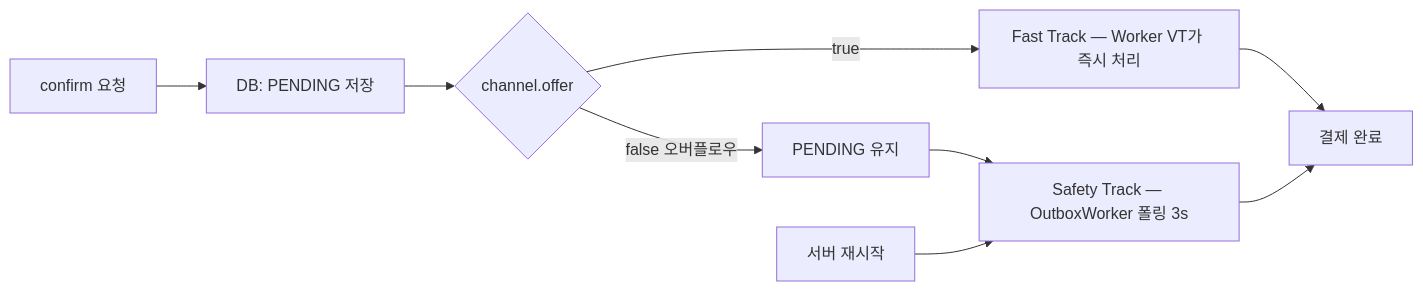
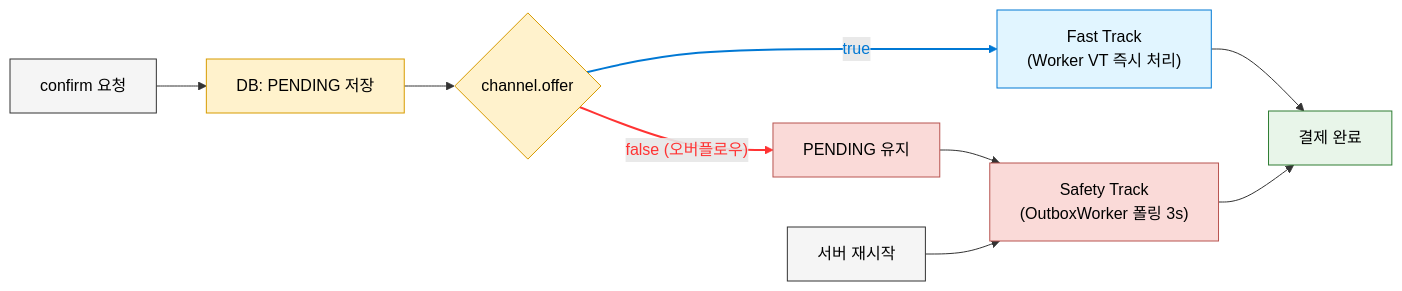
One commit to hyoguoo/hyoguoo.github.io changed the eighth of 8 diagrams in src/content/docs/blog/async-payment-flow.md. Above: the diagram before and after it, drawn with Mermaid. The commit also changed other lines of this file and 7 other files, not shown here.

Commit message:
mod: 일부 다이어그램 사진에서 mermaid로 변경

````diff
--- a/src/content/docs/blog/async-payment-flow.md
+++ b/src/content/docs/blog/async-payment-flow.md
@@ -498,11 +535,24 @@
 ```mermaid
 graph LR
-    A[confirm 요청] --> B[DB: PENDING 저장]
-    B --> C{channel.offer}
-    C -->|true| D["Fast Track — Worker VT가 즉시 처리"]
-    C -->|false 오버플로우| E["PENDING 유지"]
-    E --> F["Safety Track — OutboxWorker 폴링 3s"]
-    D --> G[결제 완료]
+%% 클래스 정의 (가독성 및 테마 대응 규칙 적용)
+    classDef entry fill: #F5F5F5, stroke: #333, color: #000
+    classDef data fill: #FFF2CC, stroke: #D79B00, color: #000
+    classDef fast fill: #E1F5FF, stroke: #0078D4, color: #000
+    classDef safety fill: #FADAD8, stroke: #B85450, color: #000
+    classDef success fill: #E8F5E9, stroke: #2E7D32, color: #000
+    A["confirm 요청"]:::entry --> B["DB: PENDING 저장"]:::data
+    B --> C{"channel.offer"}:::data
+%% Fast Track: 실시간성 보장
+    C -- " true " --> D["Fast Track<br/>(Worker VT 즉시 처리)"]:::fast
+%% Safety Track: 안정성 보장 (Backpressure)
+    C -- " false (오버플로우) " --> E["PENDING 유지"]:::safety
+    E --> F["Safety Track<br/>(OutboxWorker 폴링 3s)"]:::safety
+%% 장애 복구 트리거
+    H["서버 재시작"]:::entry --> F
+%% 최종 결과
+    D --> G["결제 완료"]:::success
     F --> G
-    H[서버 재시작] --> F
+%% 연결선 스타일
+    linkStyle 2 stroke: #0078D4, stroke-width: 2px, color: #0078D4
+    linkStyle 3 stroke: #FF3333, stroke-width: 2px, color: #FF3333
 ```
````
